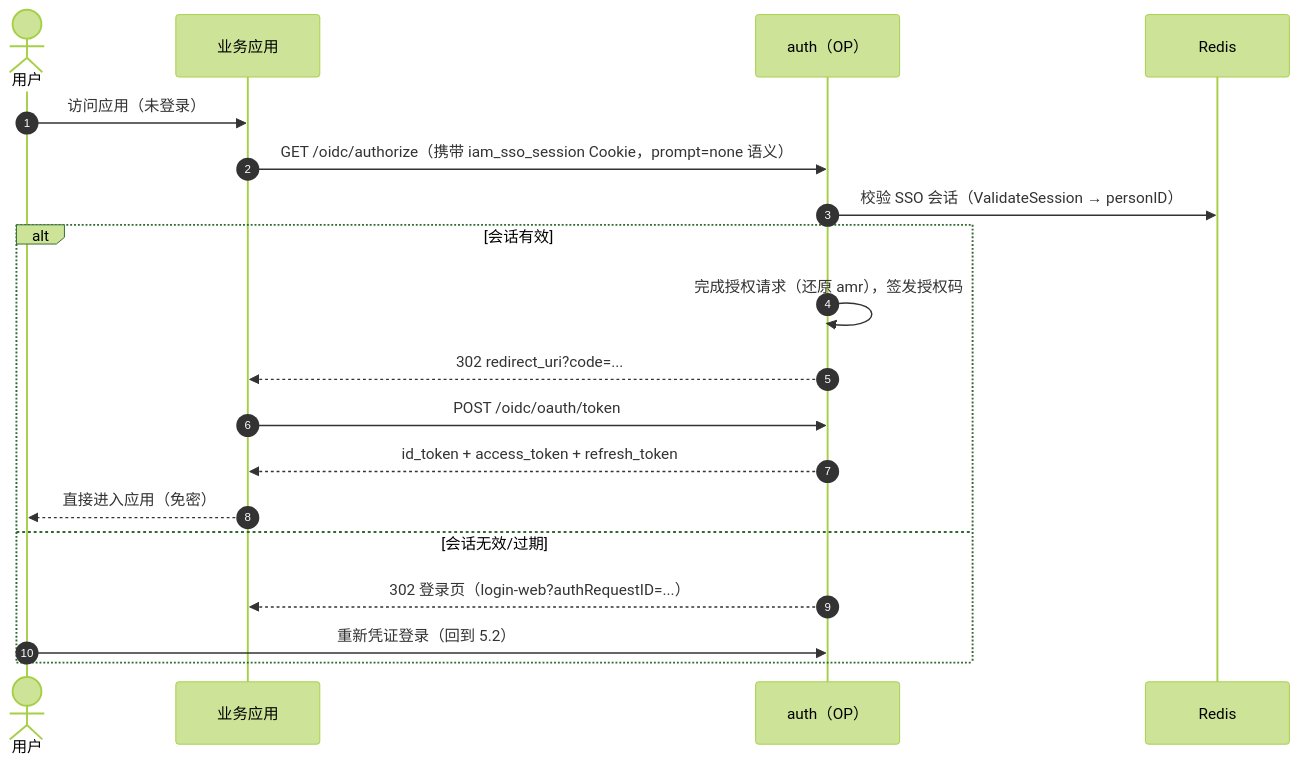
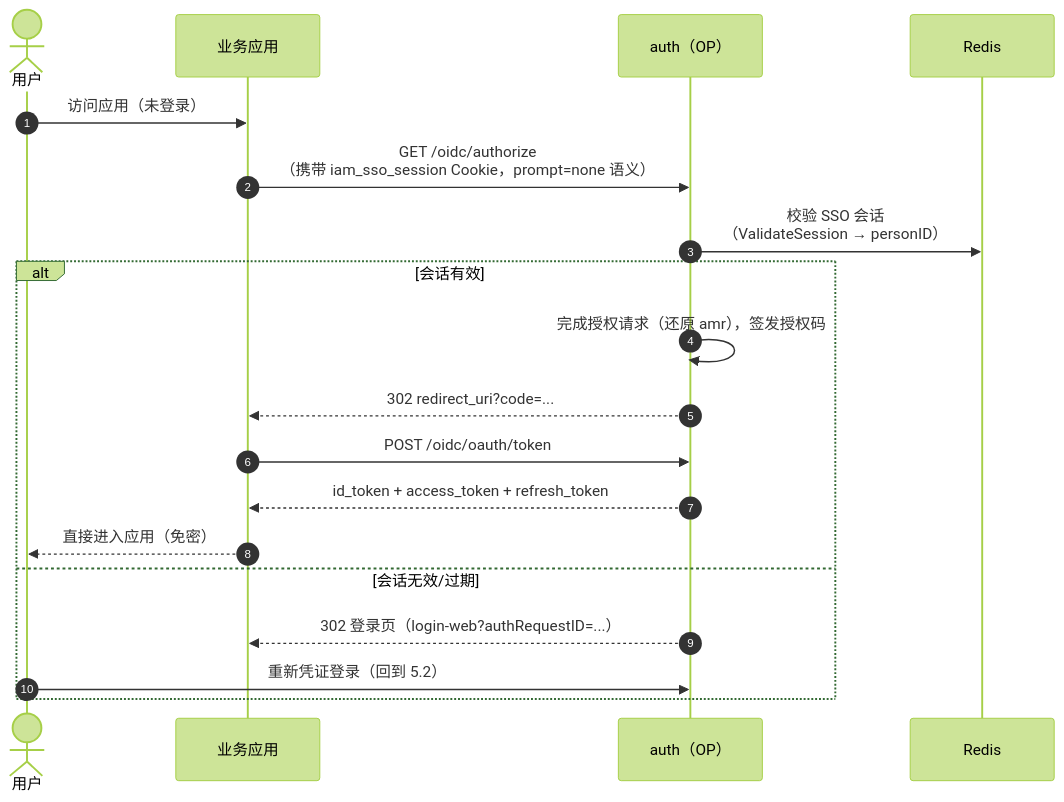
The sixth of 13 diagrams in docs/design/system-design.md (morehao/ark-iam), drawn with Mermaid (forest theme) before and after one commit. The commit also changed other lines of this file and 172 other files, not shown here.

````diff
--- a/docs/design/system-design.md
+++ b/docs/design/system-design.md
@@ -650,22 +618,22 @@
 ```mermaid
 sequenceDiagram
     autonumber
     actor U as 用户
     participant RP as 业务应用
     participant OP as auth（OP）
     participant RD as Redis
 
     U->>RP: 访问应用（未登录）
-    RP->>OP: GET /oidc/authorize（携带 iam_sso_session Cookie，prompt=none 语义）
-    OP->>RD: 校验 SSO 会话（ValidateSession → personID）
+    RP->>OP: GET /oidc/authorize<br/>（携带 iam_sso_session Cookie，prompt=none 语义）
+    OP->>RD: 校验 SSO 会话<br/>（ValidateSession → personID）
     alt 会话有效
         OP->>OP: 完成授权请求（还原 amr），签发授权码
         OP-->>RP: 302 redirect_uri?code=...
         RP->>OP: POST /oidc/oauth/token
         OP-->>RP: id_token + access_token + refresh_token
         RP-->>U: 直接进入应用（免密）
     else 会话无效/过期
         OP-->>RP: 302 登录页（login-web?authRequestID=...）
         U->>OP: 重新凭证登录（回到 5.2）
     end
 ```
````
